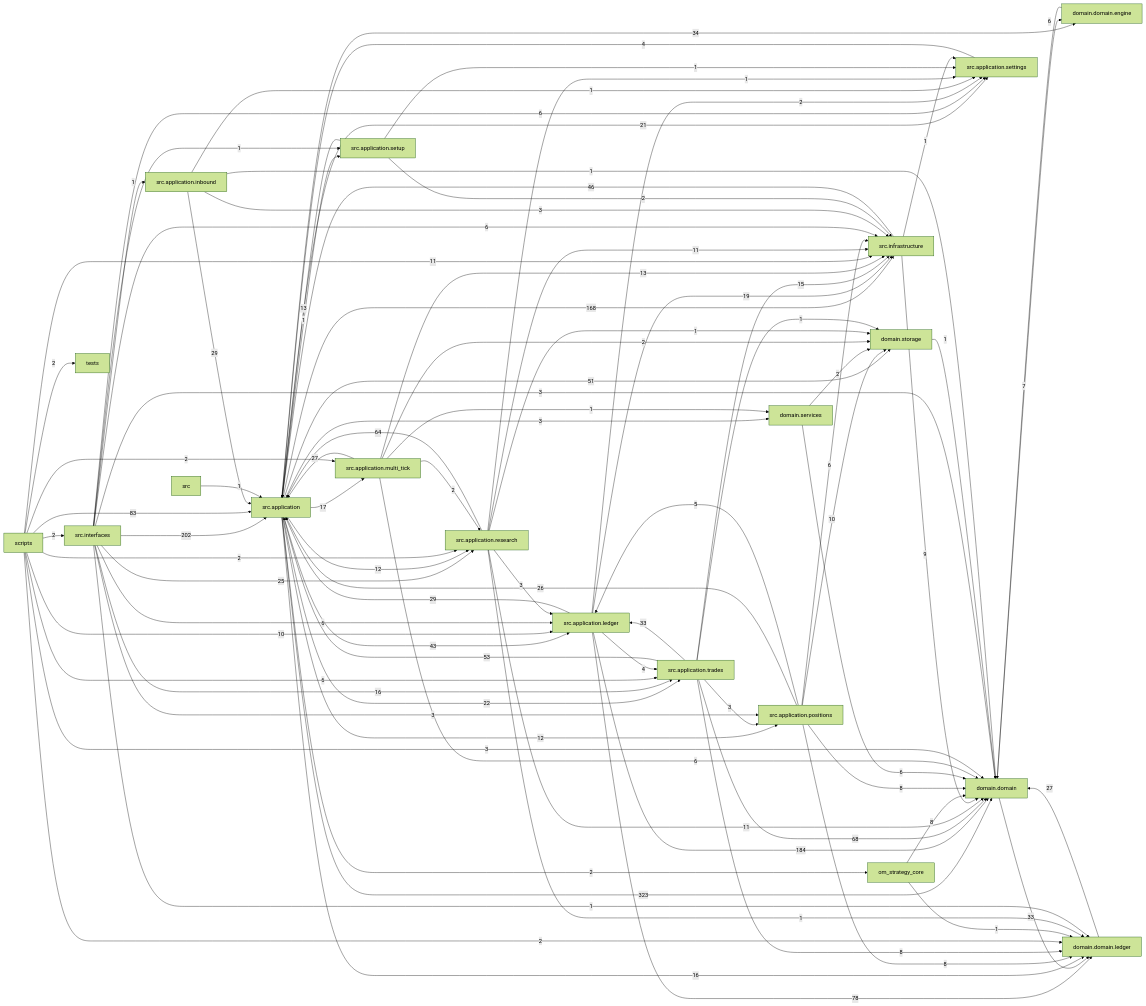
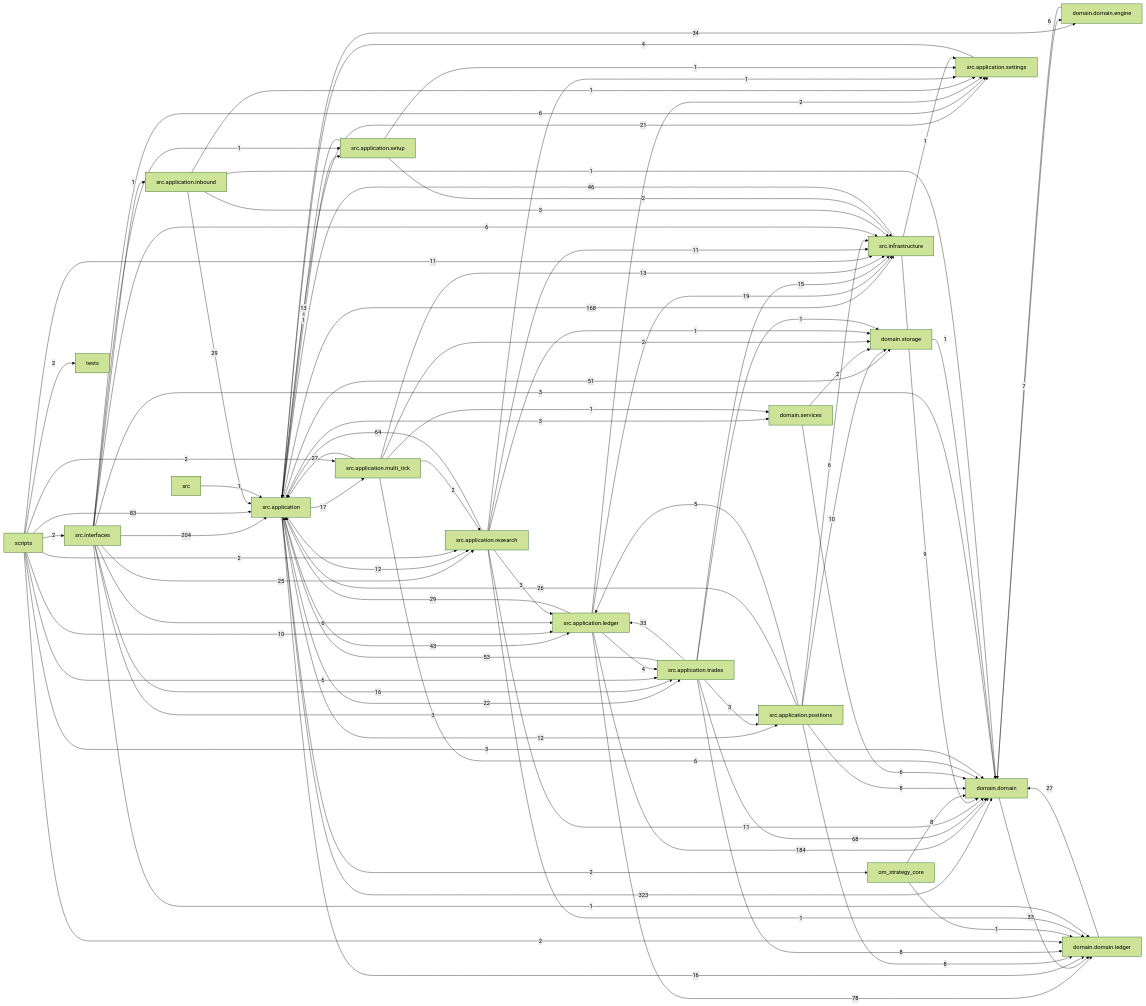
The diagram in docs/dependency_graph.mmd (liuxie066/options-monitor), drawn with Mermaid (forest theme) before and after one commit. The commit also changed 20 other files, not shown here.

```diff
--- a/docs/dependency_graph.mmd
+++ b/docs/dependency_graph.mmd
@@ -1,89 +1,89 @@
 flowchart LR
   src_application["src.application"] -->|323| domain_domain["domain.domain"]
-  src_interfaces["src.interfaces"] -->|202| src_application["src.application"]
+  src_interfaces["src.interfaces"] -->|204| src_application["src.application"]
   src_application_ledger["src.application.ledger"] -->|184| domain_domain["domain.domain"]
   src_application["src.application"] -->|168| src_infrastructure["src.infrastructure"]
   scripts["scripts"] -->|83| src_application["src.application"]
   src_application_ledger["src.application.ledger"] -->|78| domain_domain_ledger["domain.domain.ledger"]
   src_application_trades["src.application.trades"] -->|68| domain_domain["domain.domain"]
   src_application_research["src.application.research"] -->|64| src_application["src.application"]
   src_application_trades["src.application.trades"] -->|53| src_application["src.application"]
   src_application["src.application"] -->|51| domain_storage["domain.storage"]
   src_infrastructure["src.infrastructure"] -->|46| src_application["src.application"]
   src_application["src.application"] -->|43| src_application_ledger["src.application.ledger"]
   src_application["src.application"] -->|34| domain_domain_engine["domain.domain.engine"]
   domain_domain["domain.domain"] -->|33| domain_domain_ledger["domain.domain.ledger"]
   src_application_trades["src.application.trades"] -->|33| src_application_ledger["src.application.ledger"]
   src_application_inbound["src.application.inbound"] -->|29| src_application["src.application"]
   src_application_ledger["src.application.ledger"] -->|29| src_application["src.application"]
   domain_domain_ledger["domain.domain.ledger"] -->|27| domain_domain["domain.domain"]
   src_application_multi_tick["src.application.multi_tick"] -->|27| src_application["src.application"]
   src_application_positions["src.application.positions"] -->|26| src_application["src.application"]
   src_interfaces["src.interfaces"] -->|25| src_application_research["src.application.research"]
   src_application["src.application"] -->|22| src_application_trades["src.application.trades"]
   src_application["src.application"] -->|21| src_application_settings["src.application.settings"]
   src_application_ledger["src.application.ledger"] -->|19| src_infrastructure["src.infrastructure"]
   src_application["src.application"] -->|17| src_application_multi_tick["src.application.multi_tick"]
   src_application["src.application"] -->|16| domain_domain_ledger["domain.domain.ledger"]
   src_interfaces["src.interfaces"] -->|16| src_application_trades["src.application.trades"]
   src_application_trades["src.application.trades"] -->|15| src_infrastructure["src.infrastructure"]
   src_application_multi_tick["src.application.multi_tick"] -->|13| src_infrastructure["src.infrastructure"]
   src_application_setup["src.application.setup"] -->|13| src_application["src.application"]
   src_application["src.application"] -->|12| src_application_positions["src.application.positions"]
   src_application["src.application"] -->|12| src_application_research["src.application.research"]
   scripts["scripts"] -->|11| src_infrastructure["src.infrastructure"]
   src_application_research["src.application.research"] -->|11| domain_domain["domain.domain"]
   src_application_research["src.application.research"] -->|11| src_infrastructure["src.infrastructure"]
   scripts["scripts"] -->|10| src_application_ledger["src.application.ledger"]
   src_application_positions["src.application.positions"] -->|10| domain_storage["domain.storage"]
   src_infrastructure["src.infrastructure"] -->|9| domain_domain["domain.domain"]
   om_strategy_core["om_strategy_core"] -->|8| domain_domain["domain.domain"]
   src_application_positions["src.application.positions"] -->|8| domain_domain["domain.domain"]
   src_application_positions["src.application.positions"] -->|8| domain_domain_ledger["domain.domain.ledger"]
   src_application_trades["src.application.trades"] -->|8| domain_domain_ledger["domain.domain.ledger"]
   domain_domain_engine["domain.domain.engine"] -->|7| domain_domain["domain.domain"]
   domain_domain["domain.domain"] -->|6| domain_domain_engine["domain.domain.engine"]
   domain_services["domain.services"] -->|6| domain_domain["domain.domain"]
   scripts["scripts"] -->|6| src_application_trades["src.application.trades"]
   src_application_multi_tick["src.application.multi_tick"] -->|6| domain_domain["domain.domain"]
   src_application_positions["src.application.positions"] -->|6| src_infrastructure["src.infrastructure"]
   src_interfaces["src.interfaces"] -->|6| src_application_ledger["src.application.ledger"]
   src_interfaces["src.interfaces"] -->|6| src_application_settings["src.application.settings"]
   src_interfaces["src.interfaces"] -->|6| src_infrastructure["src.infrastructure"]
   src_application_positions["src.application.positions"] -->|5| src_application_ledger["src.application.ledger"]
   src_application_ledger["src.application.ledger"] -->|4| src_application_trades["src.application.trades"]
   src_application_settings["src.application.settings"] -->|4| src_application["src.application"]
   scripts["scripts"] -->|3| domain_domain["domain.domain"]
   src_application["src.application"] -->|3| domain_services["domain.services"]
   src_application_inbound["src.application.inbound"] -->|3| src_infrastructure["src.infrastructure"]
   src_application_research["src.application.research"] -->|3| src_application_ledger["src.application.ledger"]
   src_application_trades["src.application.trades"] -->|3| src_application_positions["src.application.positions"]
   src_interfaces["src.interfaces"] -->|3| domain_domain["domain.domain"]
   src_interfaces["src.interfaces"] -->|3| src_application_positions["src.application.positions"]
   domain_services["domain.services"] -->|2| domain_storage["domain.storage"]
   scripts["scripts"] -->|2| domain_domain_ledger["domain.domain.ledger"]
   scripts["scripts"] -->|2| src_application_multi_tick["src.application.multi_tick"]
   scripts["scripts"] -->|2| src_application_research["src.application.research"]
   scripts["scripts"] -->|2| src_interfaces["src.interfaces"]
   scripts["scripts"] -->|2| tests["tests"]
   src_application["src.application"] -->|2| om_strategy_core["om_strategy_core"]
   src_application_ledger["src.application.ledger"] -->|2| src_application_settings["src.application.settings"]
   src_application_multi_tick["src.application.multi_tick"] -->|2| domain_storage["domain.storage"]
   src_application_multi_tick["src.application.multi_tick"] -->|2| src_application_research["src.application.research"]
   src_application_setup["src.application.setup"] -->|2| src_infrastructure["src.infrastructure"]
   domain_storage["domain.storage"] -->|1| domain_domain["domain.domain"]
   om_strategy_core["om_strategy_core"] -->|1| domain_domain_ledger["domain.domain.ledger"]
   src["src"] -->|1| src_application["src.application"]
   src_application["src.application"] -->|1| src_application_setup["src.application.setup"]
   src_application_inbound["src.application.inbound"] -->|1| domain_domain["domain.domain"]
   src_application_inbound["src.application.inbound"] -->|1| src_application_settings["src.application.settings"]
   src_application_multi_tick["src.application.multi_tick"] -->|1| domain_services["domain.services"]
   src_application_research["src.application.research"] -->|1| domain_domain_ledger["domain.domain.ledger"]
   src_application_research["src.application.research"] -->|1| domain_storage["domain.storage"]
   src_application_research["src.application.research"] -->|1| src_application_settings["src.application.settings"]
   src_application_setup["src.application.setup"] -->|1| src_application_settings["src.application.settings"]
   src_application_trades["src.application.trades"] -->|1| domain_storage["domain.storage"]
   src_infrastructure["src.infrastructure"] -->|1| src_application_settings["src.application.settings"]
   src_interfaces["src.interfaces"] -->|1| domain_domain_ledger["domain.domain.ledger"]
   src_interfaces["src.interfaces"] -->|1| src_application_inbound["src.application.inbound"]
   src_interfaces["src.interfaces"] -->|1| src_application_setup["src.application.setup"]
```
